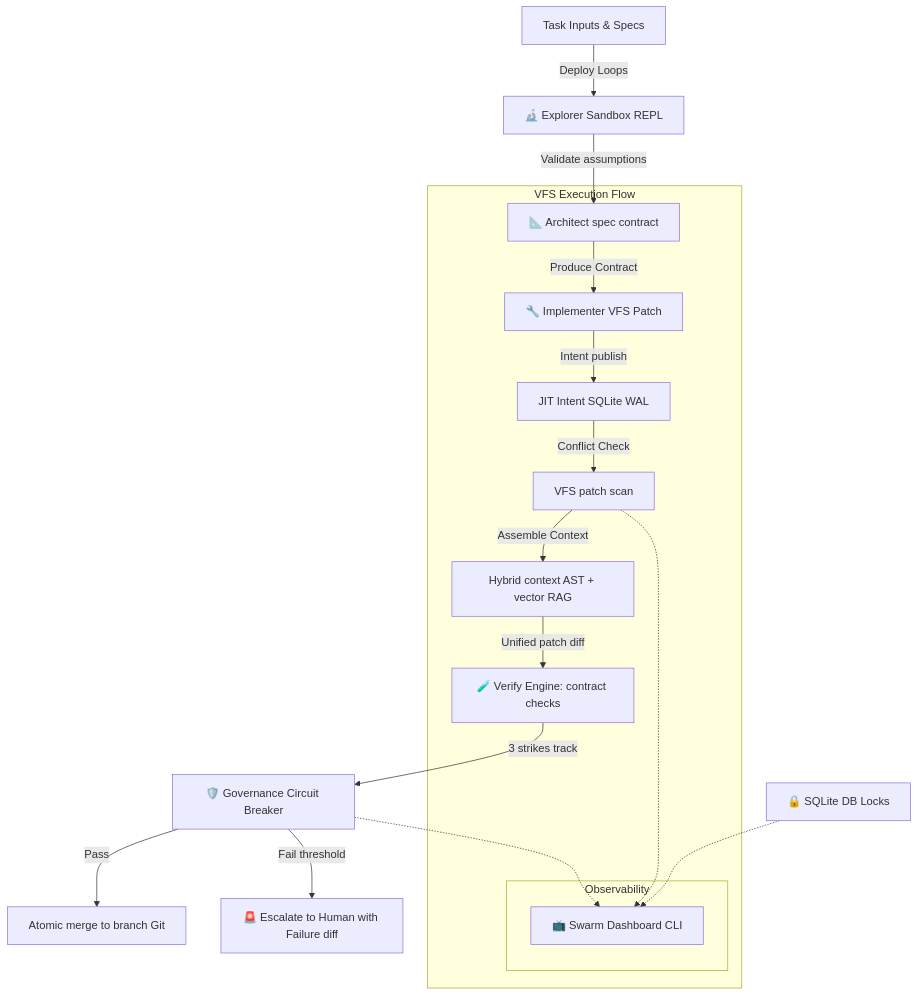
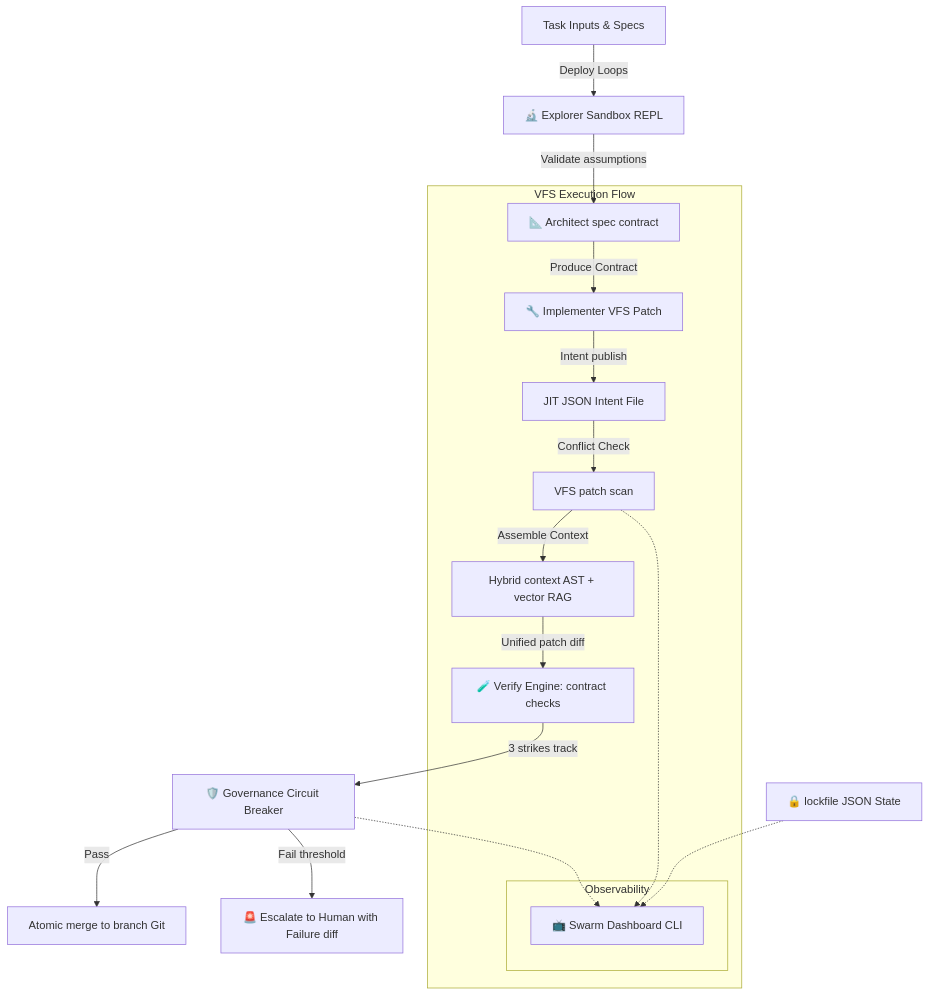
One commit to VINYASGM/antiskills changed the diagram in context.md. Above: the diagram before and after it, drawn with Mermaid. The commit also changed other lines of this file and 30 other files, not shown here.

````diff
--- a/context.md
+++ b/context.md
@@ -48,26 +67,26 @@
 ```mermaid
 graph TD
     TASK[Task Inputs & Specs] --> |Deploy Loops| EXPLORER[🔬 Explorer Sandbox REPL]
     EXPLORER --> |Validate assumptions| ARCHITECT[📐 Architect spec contract]
     
     subgraph VFS Execution Flow
         ARCHITECT -->|Produce Contract| IMPLEMENTER[🔧 Implementer VFS Patch]
-        IMPLEMENTER -->|Intent publish| INTENT[JIT Intent SQLite WAL]
+        IMPLEMENTER -->|Intent publish| INTENT[JIT JSON Intent File]
         INTENT -->|Conflict Check| PATCH_CHECK[VFS patch scan]
         
         PATCH_CHECK -->|Assemble Context| CONTEXT[Hybrid context AST + vector RAG]
         CONTEXT -->|Unified patch diff| VERIFY[🧪 Verify Engine: contract checks]
         
         subgraph Observability
             DASHBOARD["📺 Swarm Dashboard CLI"]
         end
     end
     
     VERIFY -->|3 strikes track| GOV[🛡️ Governance Circuit Breaker]
     GOV -->|Pass| COMMIT[Atomic merge to branch Git]
     GOV -->|Fail threshold| ALARM[🚨 Escalate to Human with Failure diff]
     
-    DB_QUEUE["🔒 SQLite DB Locks"] -.-> DASHBOARD
+    JSON_DB["🔒 lockfile JSON State"] -.-> DASHBOARD
     GOV -.-> DASHBOARD
     PATCH_CHECK -.-> DASHBOARD
 ```
````
